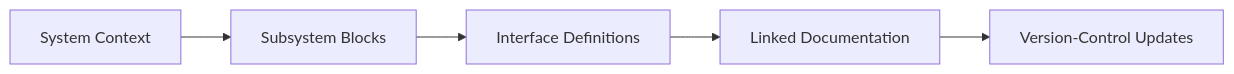
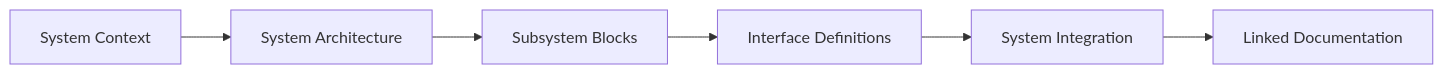
Before and after one commit to zcohen-nerd/Portfolio: the diagram in projects/fusion-system-blocks.md, drawn with Mermaid. The commit also changed other lines of this file and 4 other files, not shown here.

````diff
--- a/projects/fusion-system-blocks.md
+++ b/projects/fusion-system-blocks.md
@@ -29,7 +49,8 @@
-```mermaid
+<div class="mermaid">
 flowchart LR
-  SYS[System Context] --> SUB[Subsystem Blocks]
+  SYS[System Context] --> ARCH[System Architecture]
+  ARCH --> SUB[Subsystem Blocks]
   SUB --> IFACE[Interface Definitions]
-  IFACE --> DOC[Linked Documentation]
-  DOC --> REV[Version-Control Updates]
-```
+  IFACE --> INTEG[System Integration]
+  INTEG --> DOC[Linked Documentation]
+</div>
````
